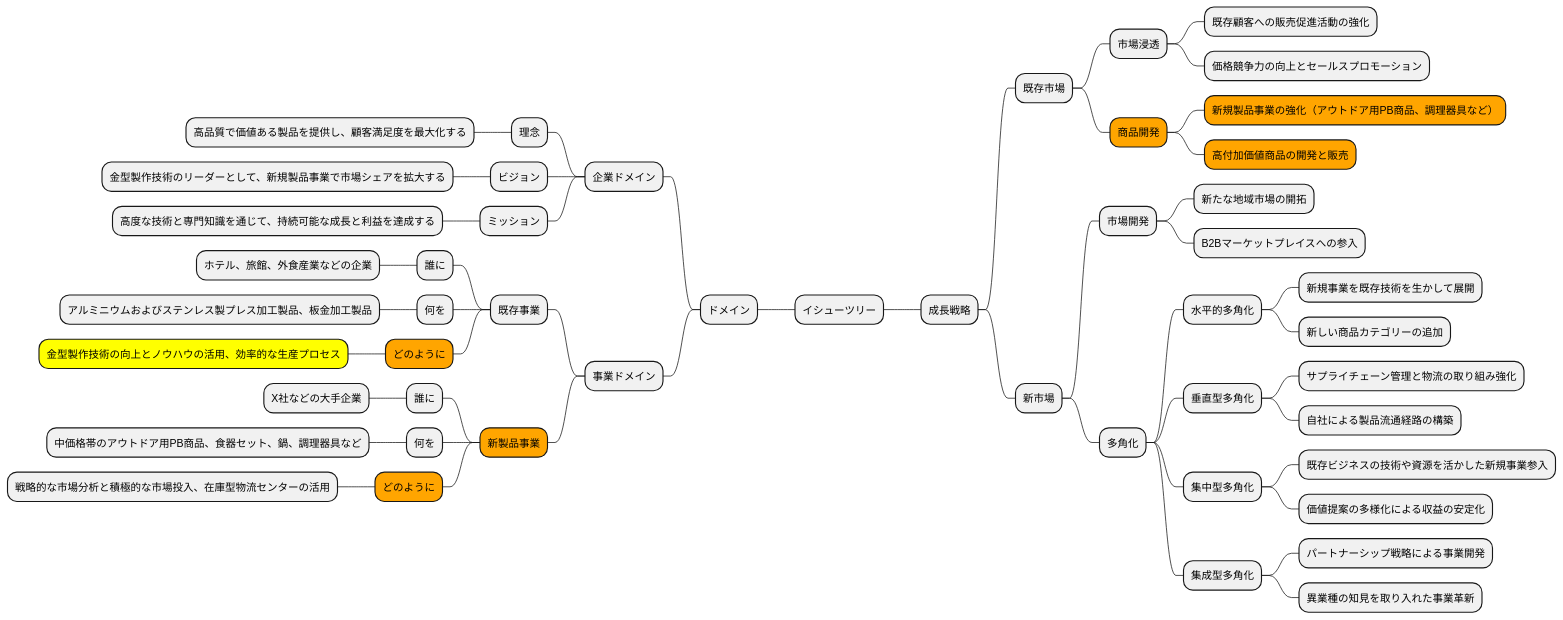
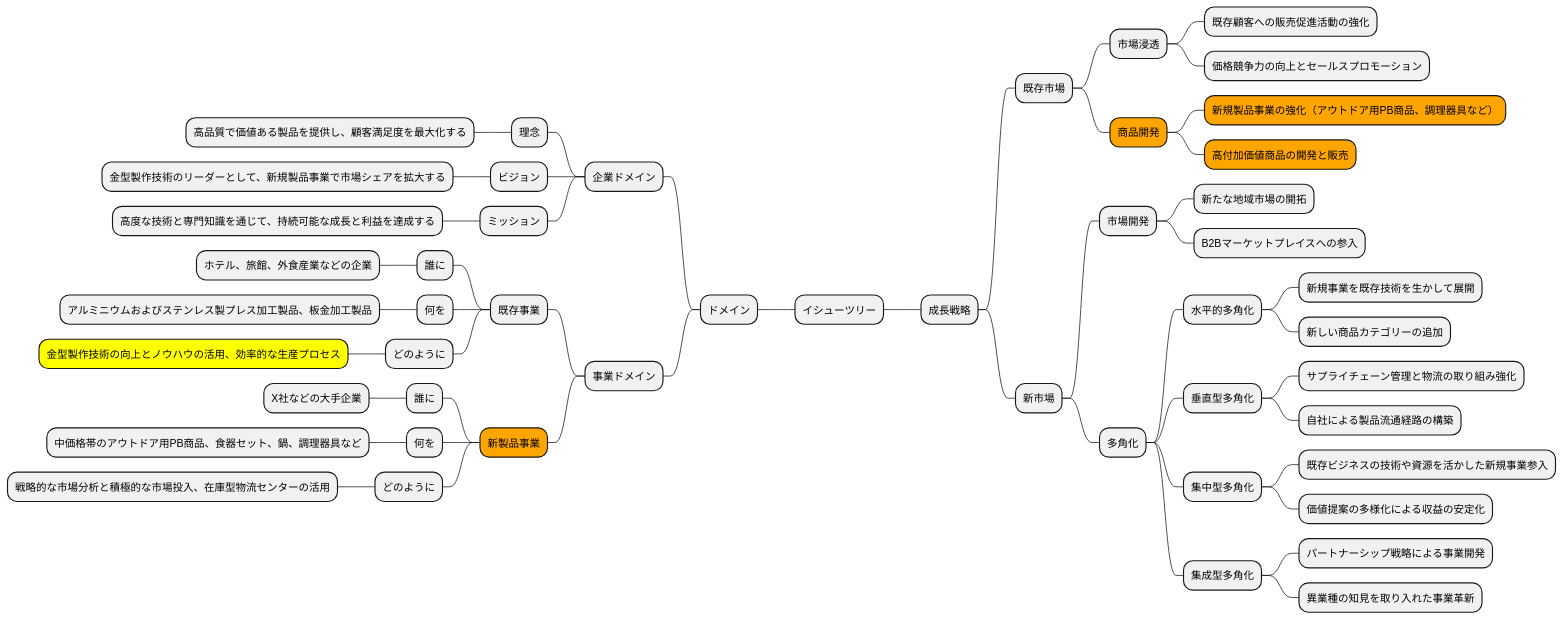
Before and after one commit to k2works/case-sutudy-business-analysis: the seventh of 16 diagrams in docs/case/r04_case_3.adoc, drawn with PlantUML. The commit also changed other lines of this file and 2 other files, not shown here.

```diff
--- a/docs/case/r04_case_3.adoc
+++ b/docs/case/r04_case_3.adoc
@@ -272,58 +285,58 @@
 [plantuml]
 ----
 @startmindmap
 
 * イシューツリー
 left side
 ** ドメイン
 *** 企業ドメイン
 **** 理念
 ***** 高品質で価値ある製品を提供し、顧客満足度を最大化する
 **** ビジョン
 ***** 金型製作技術のリーダーとして、新規製品事業で市場シェアを拡大する
 **** ミッション
 ***** 高度な技術と専門知識を通じて、持続可能な成長と利益を達成する
 *** 事業ドメイン
 **** 既存事業
 ***** 誰に
 ****** ホテル、旅館、外食産業などの企業
 ***** 何を
 ****** アルミニウムおよびステンレス製プレス加工製品、板金加工製品
-*****[#orange] どのように
+***** どのように
 ******[#yellow]  金型製作技術の向上とノウハウの活用、効率的な生産プロセス
 ****[#orange] 新製品事業
 ***** 誰に
 ****** X社などの大手企業
 ***** 何を
 ****** 中価格帯のアウトドア用PB商品、食器セット、鍋、調理器具など
-*****[#orange] どのように
+***** どのように
 ****** 戦略的な市場分析と積極的な市場投入、在庫型物流センターの活用
 right side
 ** 成長戦略
 *** 既存市場
 **** 市場浸透
 ***** 既存顧客への販売促進活動の強化
 ***** 価格競争力の向上とセールスプロモーション
 ****[#orange] 商品開発
 *****[#orange] 新規製品事業の強化（アウトドア用PB商品、調理器具など）
 *****[#orange] 高付加価値商品の開発と販売
 *** 新市場
 **** 市場開発
 ***** 新たな地域市場の開拓
 ***** B2Bマーケットプレイスへの参入
 **** 多角化
 ***** 水平的多角化
 ****** 新規事業を既存技術を生かして展開
 ****** 新しい商品カテゴリーの追加
 ***** 垂直型多角化
 ****** サプライチェーン管理と物流の取り組み強化
 ****** 自社による製品流通経路の構築
 ***** 集中型多角化
 ****** 既存ビジネスの技術や資源を活かした新規事業参入
 ****** 価値提案の多様化による収益の安定化
 ***** 集成型多角化
 ****** パートナーシップ戦略による事業開発
 ****** 異業種の知見を取り入れた事業革新
 
 @endmindmap
 ----
```
